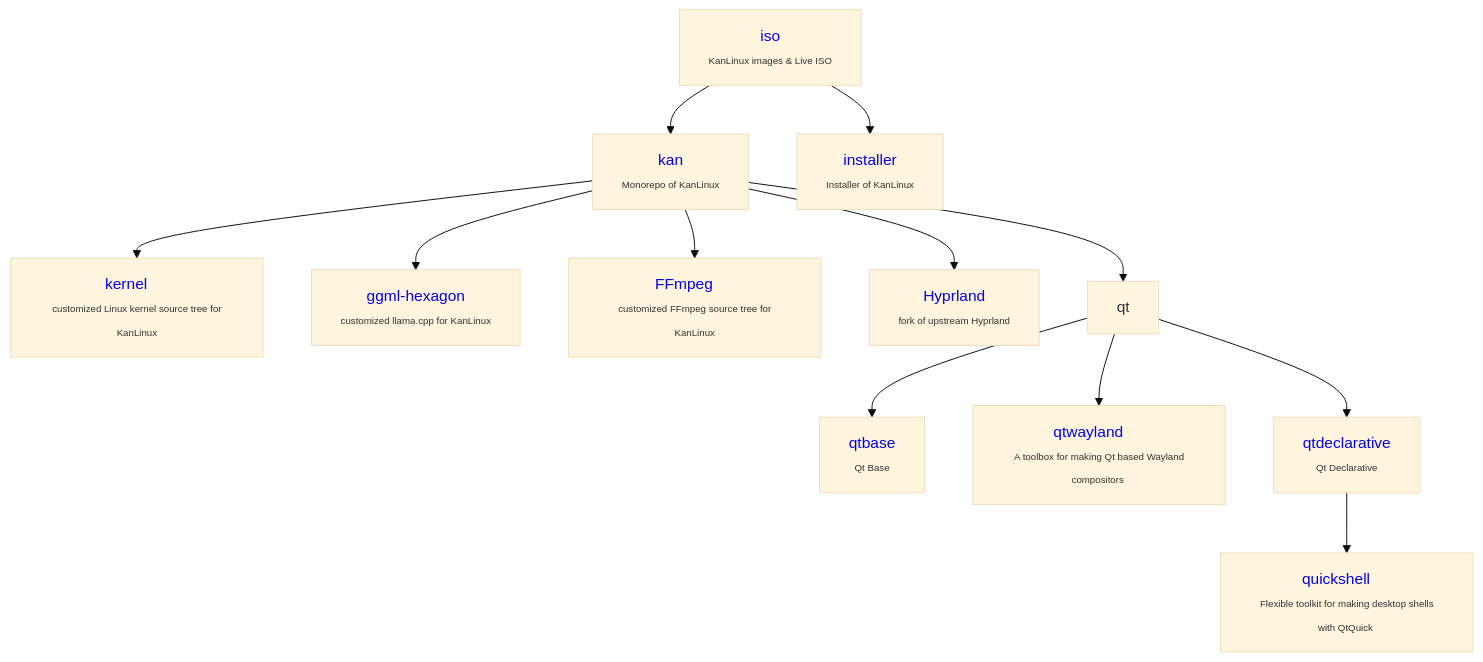
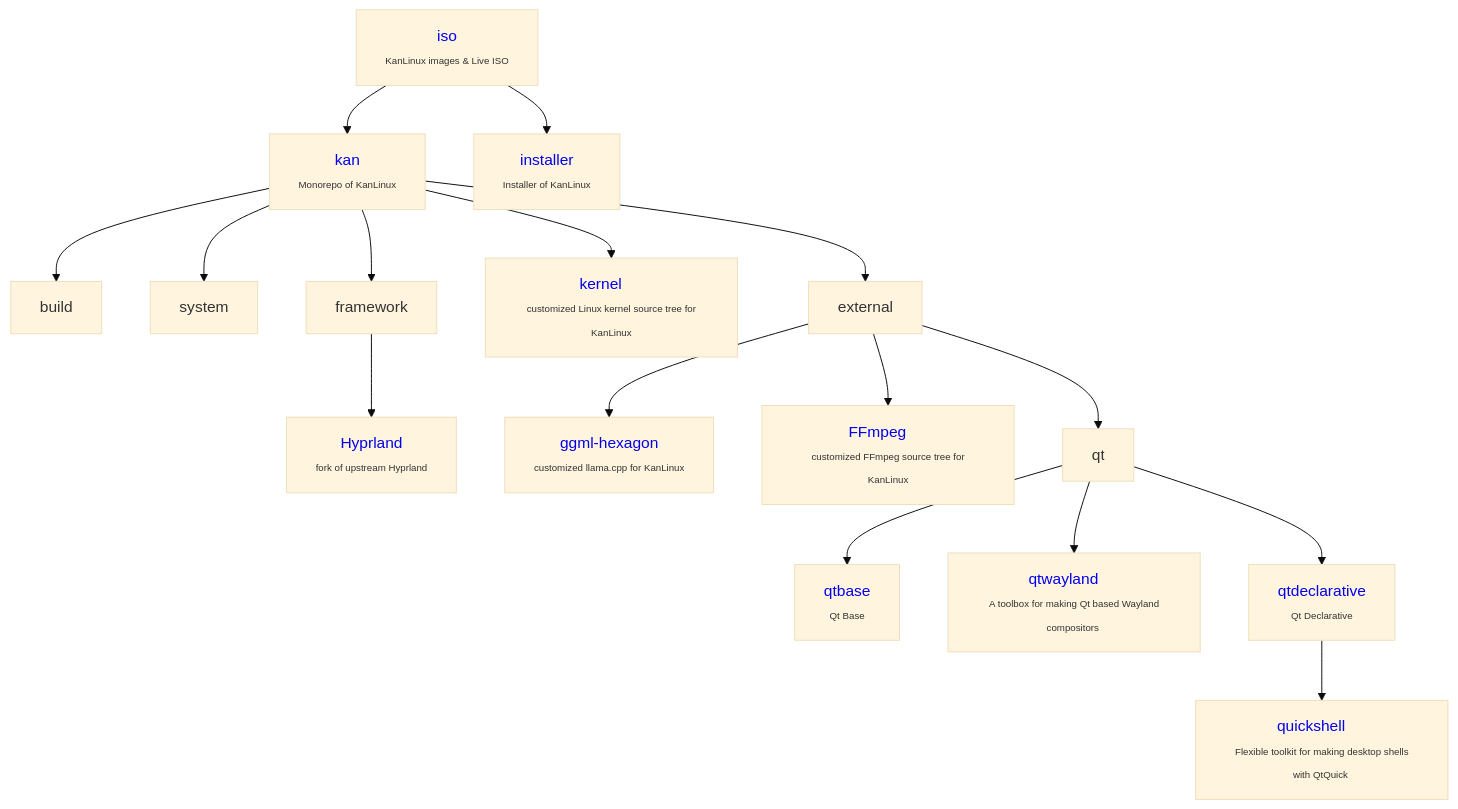
The diagram in profile/README.md (kan-linux/.github), drawn with Mermaid (base theme) before and after one commit.

Commit message:
Update README.md with additional graph connections

````diff
--- a/profile/README.md
+++ b/profile/README.md
@@ -11,53 +11,60 @@
 ```mermaid
 
 graph TD;
 iso --> kan
 iso --> installer
 
+kan --> build
+kan --> system
+kan --> framework
+
+framework --> Hyprland
+
 kan --> kernel
-kan --> ggml-hexagon
-kan --> FFmpeg
-kan --> Hyprland
-kan --> qt
+kan --> external
+
+external --> ggml-hexagon
+external --> FFmpeg
+external --> qt
 
 
 qt --> qtbase
 qt --> qtwayland
 qt --> qtdeclarative
 
 qtdeclarative --> quickshell
 
 
 iso[<a href="https://github.com/kan-linux/iso"                       style="text-decoration:none;">iso</a>            <br><span style="font-size:10px;">KanLinux images & Live ISO</span>];
 kan[<a href="https://github.com/kan-linux/kan"         style="text-decoration:none;">kan</a>     <br><span style="font-size:10px;">Monorepo of KanLinux</span>];
 
 installer[<a href="https://github.com/kan-linux/installer"         style="text-decoration:none;">installer</a>     <br><span style="font-size:10px;">Installer of KanLinux</span>];
 
 
 
 kernel[<a href="https://github.com/kan-linux/kernel"         style="text-decoration:none;">kernel</a>     <br><span style="font-size:10px;"> customized Linux kernel source tree for KanLinux</span>];
 
 
 ggml-hexagon[<a href="https://github.com/kan-linux/ggml-hexagon/discussions/84"         style="text-decoration:none;">ggml-hexagon</a>     <br><span style="font-size:10px;"> customized llama.cpp for KanLinux</span>];
 
 
 
 FFmpeg[<a href="https://github.com/kan-linux/ffmpeg"         style="text-decoration:none;">FFmpeg</a>     <br><span style="font-size:10px;"> customized FFmpeg source tree for KanLinux</span>];
 
 
 Hyprland[<a href="https://github.com/kan-linux/Hyprland"         style="text-decoration:none;">Hyprland</a>     <br><span style="font-size:10px;"> fork of upstream Hyprland </span>];
 
 
 qtbase[<a href="https://github.com/kan-linux/qtbase"         style="text-decoration:none;">qtbase</a>     <br><span style="font-size:10px;"> Qt Base </span>];
 
 
 
 qtwayland[<a href="https://github.com/kan-linux/qtwayland"         style="text-decoration:none;">qtwayland</a>     <br><span style="font-size:10px;"> A toolbox for making Qt based Wayland compositors </span>];
 
 qtdeclarative[<a href="https://github.com/kan-linux/qtdeclarative"         style="text-decoration:none;">qtdeclarative</a>     <br><span style="font-size:10px;"> Qt Declarative </span>];
 
 
 
 quickshell[<a href="https://github.com/kan-linux/quickshell"         style="text-decoration:none;">quickshell</a>     <br><span style="font-size:10px;"> Flexible toolkit for making desktop shells with QtQuick </span>];
 
 ```
````
